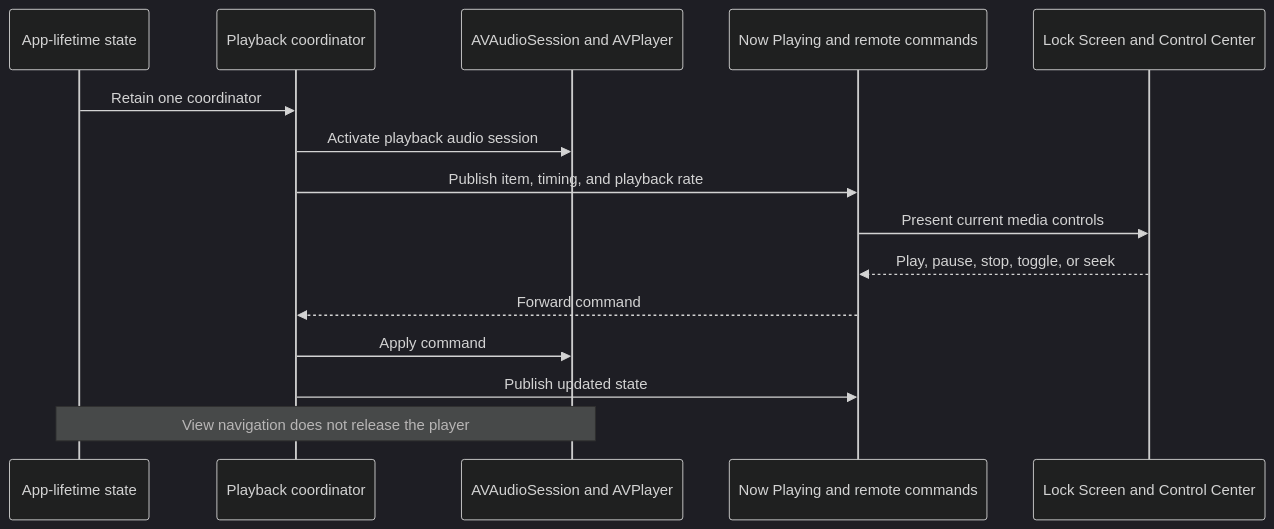
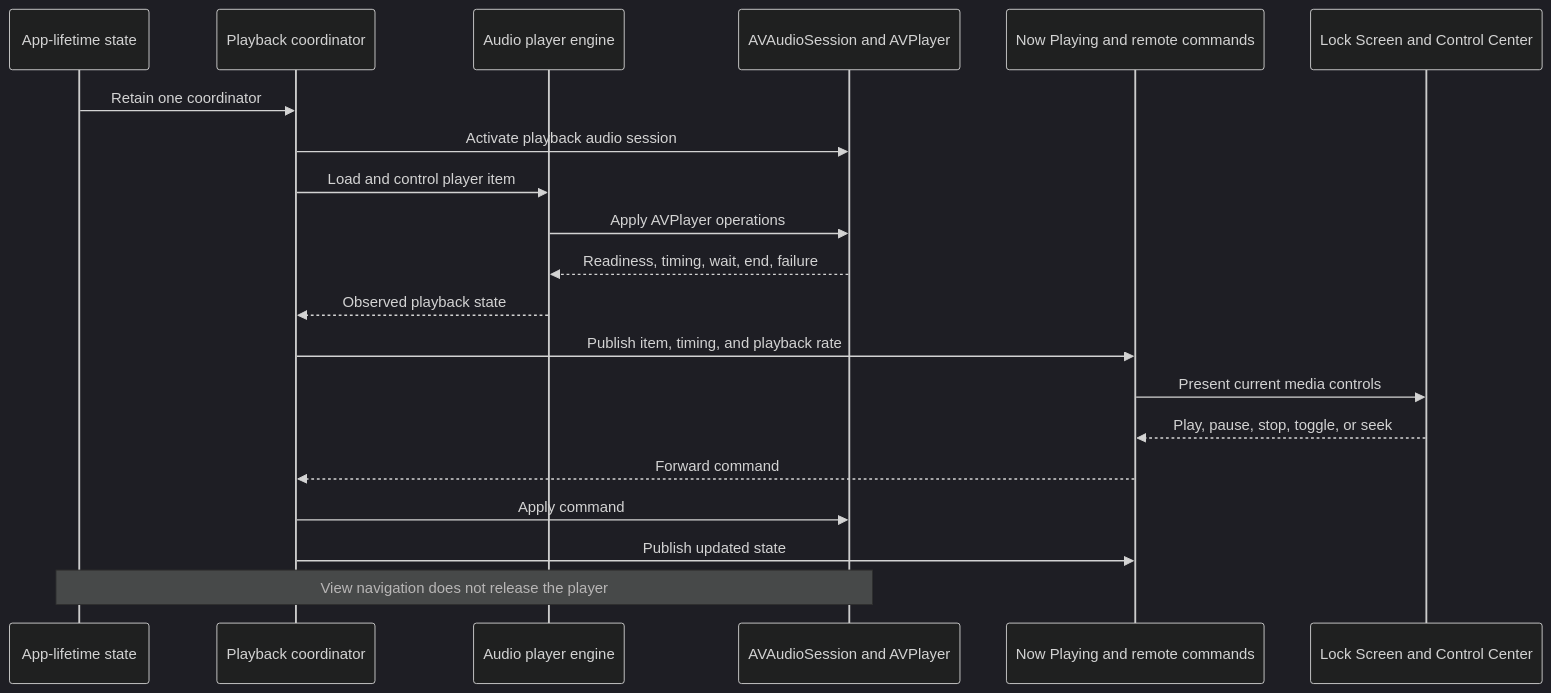
One commit to schillt/velacanto changed the fourth of 4 diagrams in docs/architecture.md. Above: the diagram before and after it, drawn with Mermaid (dark theme). The commit also changed other lines of this file and 6 other files, not shown here.

Commit message:
Align 0.1 architecture and delivery plan

````diff
--- a/docs/architecture.md
+++ b/docs/architecture.md
@@ -162,18 +171,23 @@
 ```mermaid
 sequenceDiagram
     participant App as App-lifetime state
     participant Player as Playback coordinator
+    participant Engine as Audio player engine
     participant Audio as AVAudioSession and AVPlayer
     participant Media as Now Playing and remote commands
     participant System as Lock Screen and Control Center
 
     App->>Player: Retain one coordinator
     Player->>Audio: Activate playback audio session
+    Player->>Engine: Load and control player item
+    Engine->>Audio: Apply AVPlayer operations
+    Audio-->>Engine: Readiness, timing, wait, end, failure
+    Engine-->>Player: Observed playback state
     Player->>Media: Publish item, timing, and playback rate
     Media->>System: Present current media controls
     System-->>Media: Play, pause, stop, toggle, or seek
     Media-->>Player: Forward command
     Player->>Audio: Apply command
     Player->>Media: Publish updated state
     Note over App,Audio: View navigation does not release the player
 ```
````
